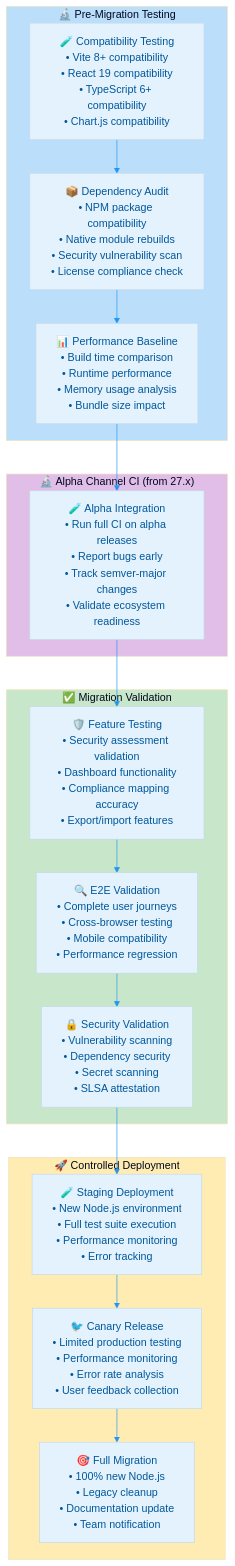
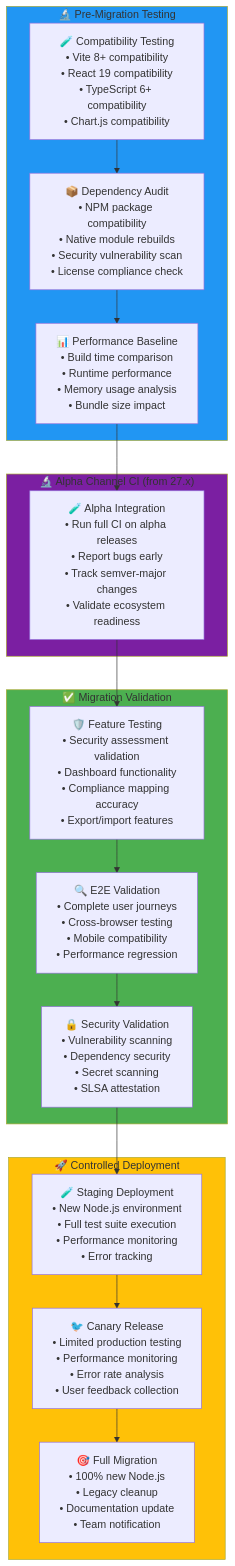
Before and after one commit to Hack23/cia-compliance-manager: the third of 9 diagrams in docs/End-of-Life-Strategy.md, drawn with Mermaid. The commit also changed other lines of this file and 18 other files, not shown here.

````diff
--- a/docs/End-of-Life-Strategy.md
+++ b/docs/End-of-Life-Strategy.md
@@ -232,51 +225,44 @@
 ```mermaid
 %%{
   init: {
-    'theme': 'base',
-    'themeVariables': {
-      'primaryColor': '#e3f2fd',
-      'primaryTextColor': '#01579b',
-      'lineColor': '#2196f3',
-      'secondaryColor': '#f1f8e9',
-      'tertiaryColor': '#fff8e1'
-    }
-  }
+    'theme': 'neutral',
+}
 }%%
 flowchart TB
     subgraph PREPARATION["🔬 Pre-Migration Testing"]
         COMPAT_TEST["🧪 Compatibility Testing<br/>• Vite 8+ compatibility<br/>• React 19 compatibility<br/>• TypeScript 6+ compatibility<br/>• Chart.js compatibility"]
         DEP_AUDIT["📦 Dependency Audit<br/>• NPM package compatibility<br/>• Native module rebuilds<br/>• Security vulnerability scan<br/>• License compliance check"]
         PERF_BASELINE["📊 Performance Baseline<br/>• Build time comparison<br/>• Runtime performance<br/>• Memory usage analysis<br/>• Bundle size impact"]
     end
 
     subgraph ALPHA_CI["🔬 Alpha Channel CI (from 27.x)"]
         ALPHA_TEST["🧪 Alpha Integration<br/>• Run full CI on alpha releases<br/>• Report bugs early<br/>• Track semver-major changes<br/>• Validate ecosystem readiness"]
     end
 
     subgraph VALIDATION["✅ Migration Validation"]
         FEATURE_TEST["🛡️ Feature Testing<br/>• Security assessment validation<br/>• Dashboard functionality<br/>• Compliance mapping accuracy<br/>• Export/import features"]
         E2E_VALIDATION["🔍 E2E Validation<br/>• Complete user journeys<br/>• Cross-browser testing<br/>• Mobile compatibility<br/>• Performance regression"]
         SECURITY_SCAN["🔒 Security Validation<br/>• Vulnerability scanning<br/>• Dependency security<br/>• Secret scanning<br/>• SLSA attestation"]
     end
 
     subgraph DEPLOYMENT["🚀 Controlled Deployment"]
         STAGING_DEPLOY["🧪 Staging Deployment<br/>• New Node.js environment<br/>• Full test suite execution<br/>• Performance monitoring<br/>• Error tracking"]
         CANARY_RELEASE["🐦 Canary Release<br/>• Limited production testing<br/>• Performance monitoring<br/>• Error rate analysis<br/>• User feedback collection"]
         FULL_MIGRATION["🎯 Full Migration<br/>• 100% new Node.js<br/>• Legacy cleanup<br/>• Documentation update<br/>• Team notification"]
     end
 
     COMPAT_TEST --> DEP_AUDIT
     DEP_AUDIT --> PERF_BASELINE
     PERF_BASELINE --> ALPHA_TEST
     ALPHA_TEST --> FEATURE_TEST
     FEATURE_TEST --> E2E_VALIDATION
     E2E_VALIDATION --> SECURITY_SCAN
     SECURITY_SCAN --> STAGING_DEPLOY
     STAGING_DEPLOY --> CANARY_RELEASE
     CANARY_RELEASE --> FULL_MIGRATION
 
-    style PREPARATION fill:#bbdefb
-    style ALPHA_CI fill:#e1bee7
-    style VALIDATION fill:#c8e6c9
-    style DEPLOYMENT fill:#ffecb3
+    style PREPARATION fill:#2196F3
+    style ALPHA_CI fill:#7B1FA2
+    style VALIDATION fill:#4CAF50
+    style DEPLOYMENT fill:#FFC107
 ```
````
